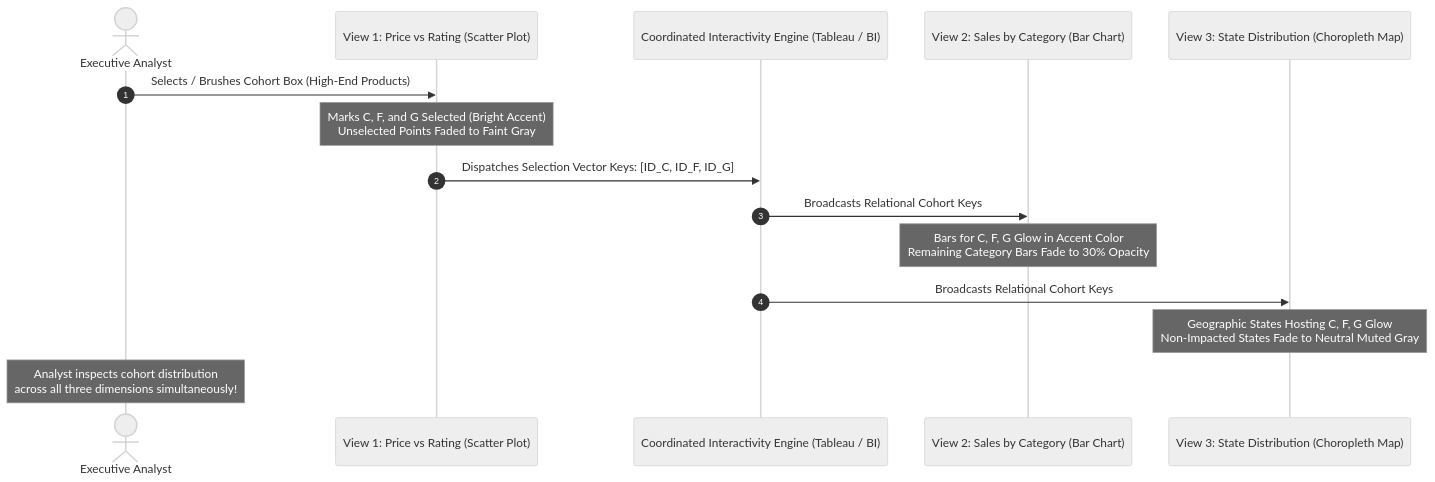
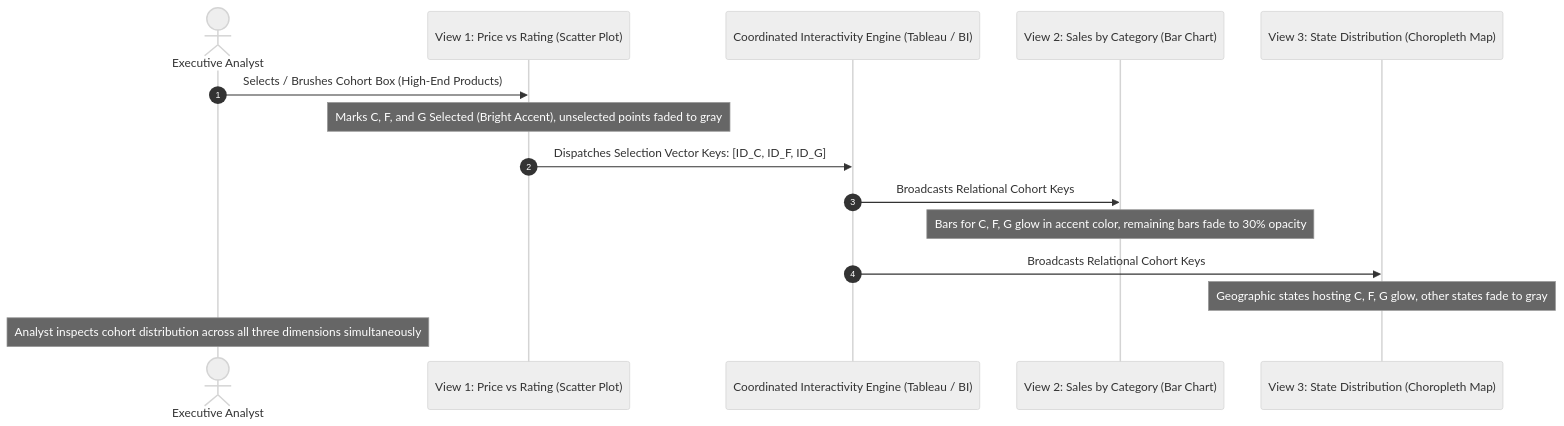
Diagram 16 of 18 in notes/data_analysis/Unit_5_notes.md (DeepLumiere/DeepSkills), drawn with Mermaid (neutral theme) before and after one commit. The commit also changed other lines of this file and 56 other files, not shown here.

````diff
--- a/notes/data_analysis/Unit_5_notes.md
+++ b/notes/data_analysis/Unit_5_notes.md
@@ -1289,18 +1289,18 @@
 ```mermaid
 sequenceDiagram
     autonumber
     actor Analyst as Executive Analyst
     participant Scatter as View 1: Price vs Rating (Scatter Plot)
     participant Engine as Coordinated Interactivity Engine (Tableau / BI)
     participant Bar as View 2: Sales by Category (Bar Chart)
     participant Map as View 3: State Distribution (Choropleth Map)
 
     Analyst->>Scatter: Selects / Brushes Cohort Box (High-End Products)
-    Note over Scatter: Marks C, F, and G Selected (Bright Accent)<br/>Unselected Points Faded to Faint Gray
+    Note over Scatter: Marks C, F, and G Selected (Bright Accent), unselected points faded to gray
     Scatter->>Engine: Dispatches Selection Vector Keys: [ID_C, ID_F, ID_G]
     Engine->>Bar: Broadcasts Relational Cohort Keys
-    Note over Bar: Bars for C, F, G Glow in Accent Color<br/>Remaining Category Bars Fade to 30% Opacity
+    Note over Bar: Bars for C, F, G glow in accent color, remaining bars fade to 30% opacity
     Engine->>Map: Broadcasts Relational Cohort Keys
-    Note over Map: Geographic States Hosting C, F, G Glow<br/>Non-Impacted States Fade to Neutral Muted Gray
-    Note over Analyst: Analyst inspects cohort distribution<br/>across all three dimensions simultaneously!
+    Note over Map: Geographic states hosting C, F, G glow, other states fade to gray
+    Note over Analyst: Analyst inspects cohort distribution across all three dimensions simultaneously
 ```
````
